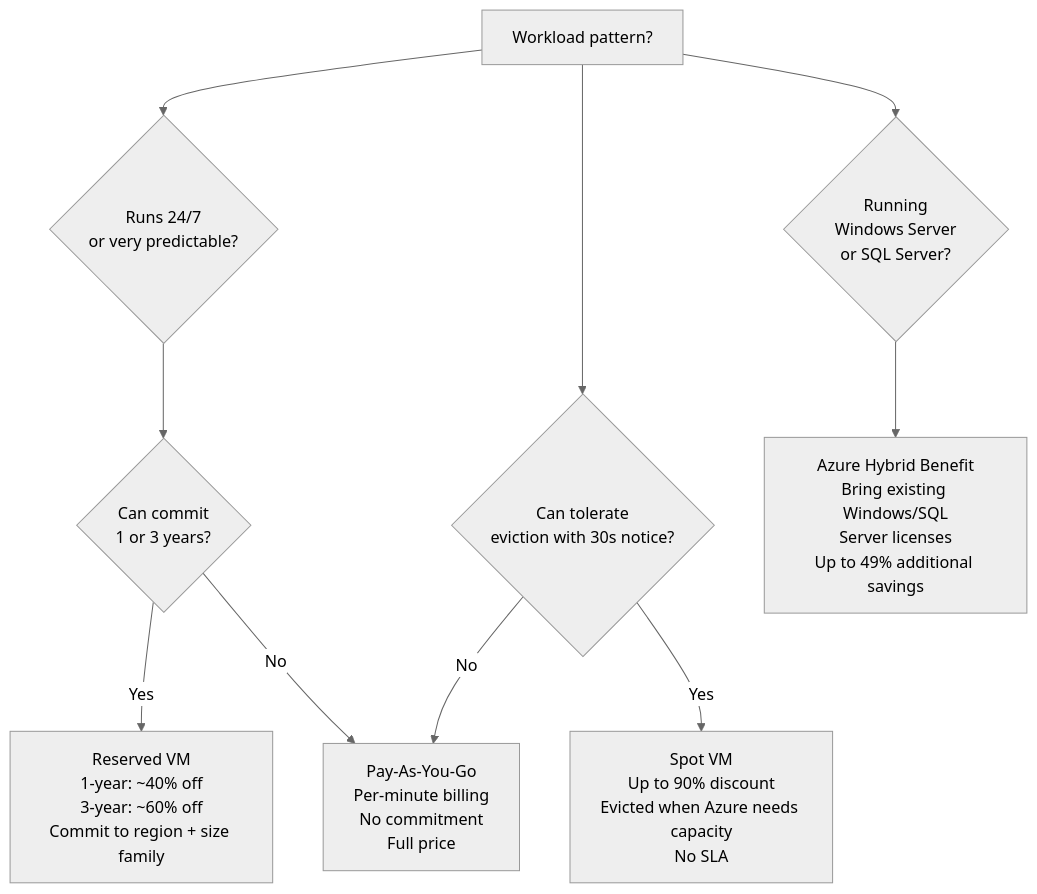
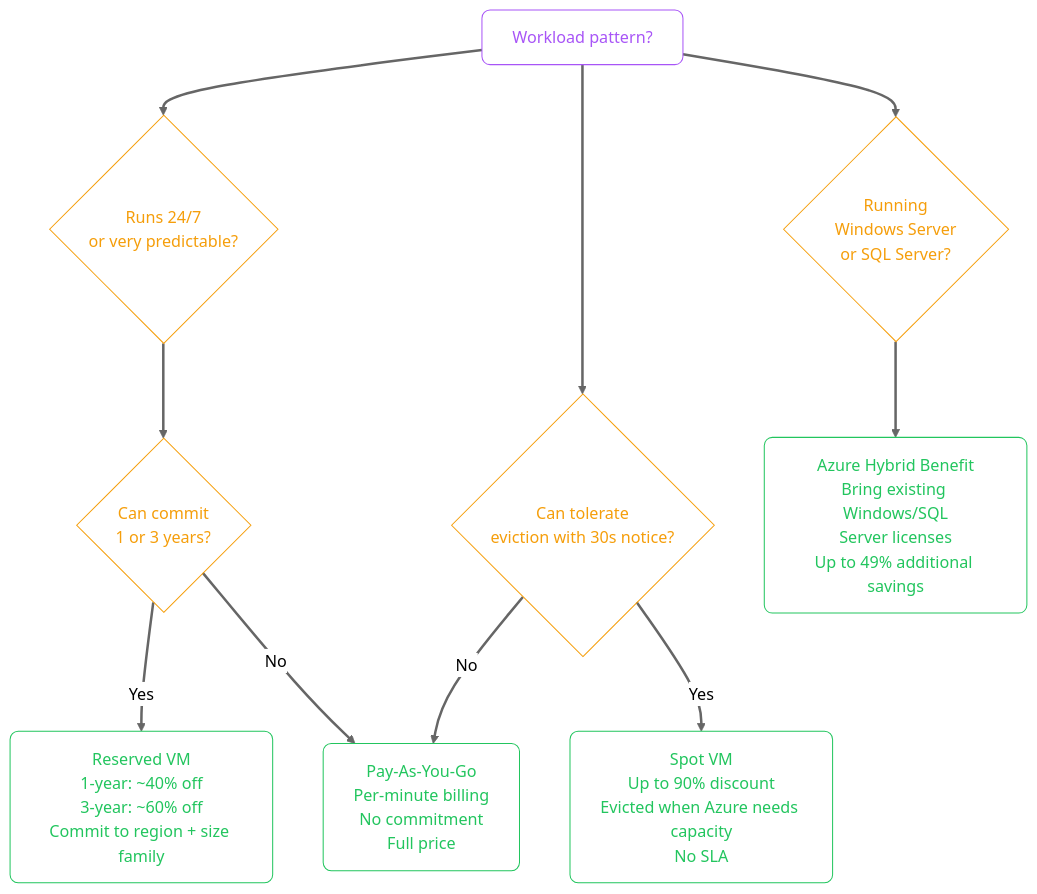
The second of 6 diagrams in src/content/cloud/azure/02-intro-vms.mdx (zafarale/cloudification), drawn with Mermaid (neutral theme) before and after one commit. The commit also changed other lines of this file and 84 other files, not shown here.

````diff
--- a/src/content/cloud/azure/02-intro-vms.mdx
+++ b/src/content/cloud/azure/02-intro-vms.mdx
@@ -90,22 +97,29 @@
 ```mermaid
 flowchart TD
-    WORKLOAD["Workload pattern?"]
+    accTitle: Pricing Models
+    accDescr: Flowchart (td) showing Workload pattern, Runs 24/7 or very predictable, Can tolerate eviction with 30s notice
+    classDef step fill:none,stroke:#a855f7,color:#a855f7,rx:8,ry:8
+    classDef ok   fill:none,stroke:#22c55e,color:#22c55e,rx:8,ry:8
+    classDef decesion fill:none,stroke:#f59e0b,color:#f59e0b,rx:8,ry:8
+    linkStyle default stroke-width:2.5px
 
-    STEADY{"Runs 24/7\nor very predictable?"}
-    INTERRUPTIBLE{"Can tolerate\neviction with 30s notice?"}
-    WINDOWS{"Running\nWindows Server\nor SQL Server?"}
-    COMMIT{"Can commit\n1 or 3 years?"}
+    WORKLOAD["Workload pattern?"]:::step
 
-    PAYG["Pay-As-You-Go\nPer-minute billing\nNo commitment\nFull price"]
-    SPOT["Spot VM\nUp to 90% discount\nEvicted when Azure needs capacity\nNo SLA"]
-    RESERVED["Reserved VM\n1-year: ~40% off\n3-year: ~60% off\nCommit to region + size family"]
-    HYBRID["Azure Hybrid Benefit\nBring existing Windows/SQL\nServer licenses\nUp to 49% additional savings"]
+    STEADY{"Runs 24/7<br/>or very predictable?"}:::decesion
+    INTERRUPTIBLE{"Can tolerate<br/>eviction with 30s notice?"}:::decesion
+    WINDOWS{"Running<br/>Windows Server<br/>or SQL Server?"}:::decesion
+    COMMIT{"Can commit<br/>1 or 3 years?"}:::decesion
+
+    PAYG["Pay-As-You-Go<br/>Per-minute billing<br/>No commitment<br/>Full price"]:::ok
+    SPOT["Spot VM<br/>Up to 90% discount<br/>Evicted when Azure needs capacity<br/>No SLA"]:::ok
+    RESERVED["Reserved VM<br/>1-year: ~40% off<br/>3-year: ~60% off<br/>Commit to region + size family"]:::ok
+    HYBRID["Azure Hybrid Benefit<br/>Bring existing Windows/SQL<br/>Server licenses<br/>Up to 49% additional savings"]:::ok
 
     WORKLOAD --> STEADY & INTERRUPTIBLE & WINDOWS
     STEADY --> COMMIT
     COMMIT -- "Yes" --> RESERVED
     COMMIT -- "No" --> PAYG
     INTERRUPTIBLE -- "Yes" --> SPOT
     INTERRUPTIBLE -- "No" --> PAYG
     WINDOWS --> HYBRID
 ```
````
